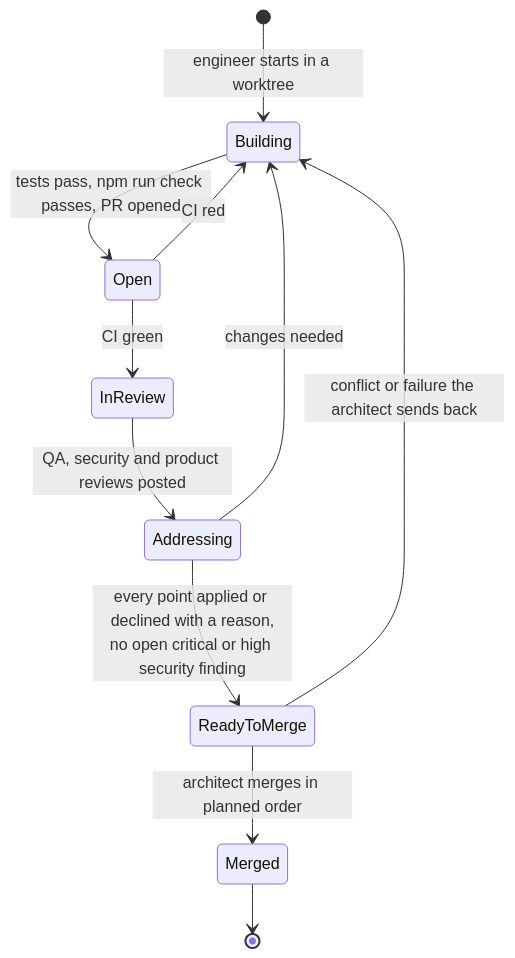
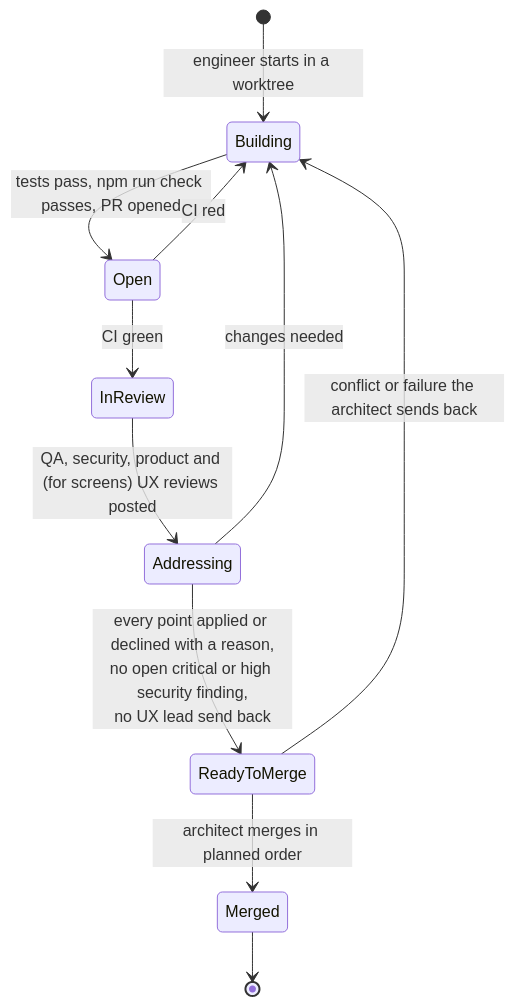
The second of 2 diagrams in docs/PIPELINE.md (kenneth-yu/trip-planner), drawn with Mermaid before and after one commit. The commit also changed other lines of this file and 2 other files, not shown here.

First line of the commit message:
Add the UX lead and UX reviewer roles to the pipeline

````diff
--- a/docs/PIPELINE.md
+++ b/docs/PIPELINE.md
@@ -35,13 +44,13 @@
 ```mermaid
 stateDiagram-v2
   [*] --> Building: engineer starts in a worktree
   Building --> Open: tests pass, npm run check passes, PR opened
   Open --> InReview: CI green
   Open --> Building: CI red
-  InReview --> Addressing: QA, security and product reviews posted
-  Addressing --> ReadyToMerge: every point applied or declined with a reason,<br/>no open critical or high security finding
+  InReview --> Addressing: QA, security, product and (for screens) UX reviews posted
+  Addressing --> ReadyToMerge: every point applied or declined with a reason,<br/>no open critical or high security finding,<br/>no UX lead send back
   Addressing --> Building: changes needed
   ReadyToMerge --> Merged: architect merges in planned order
   ReadyToMerge --> Building: conflict or failure the architect sends back
   Merged --> [*]
 ```
````
